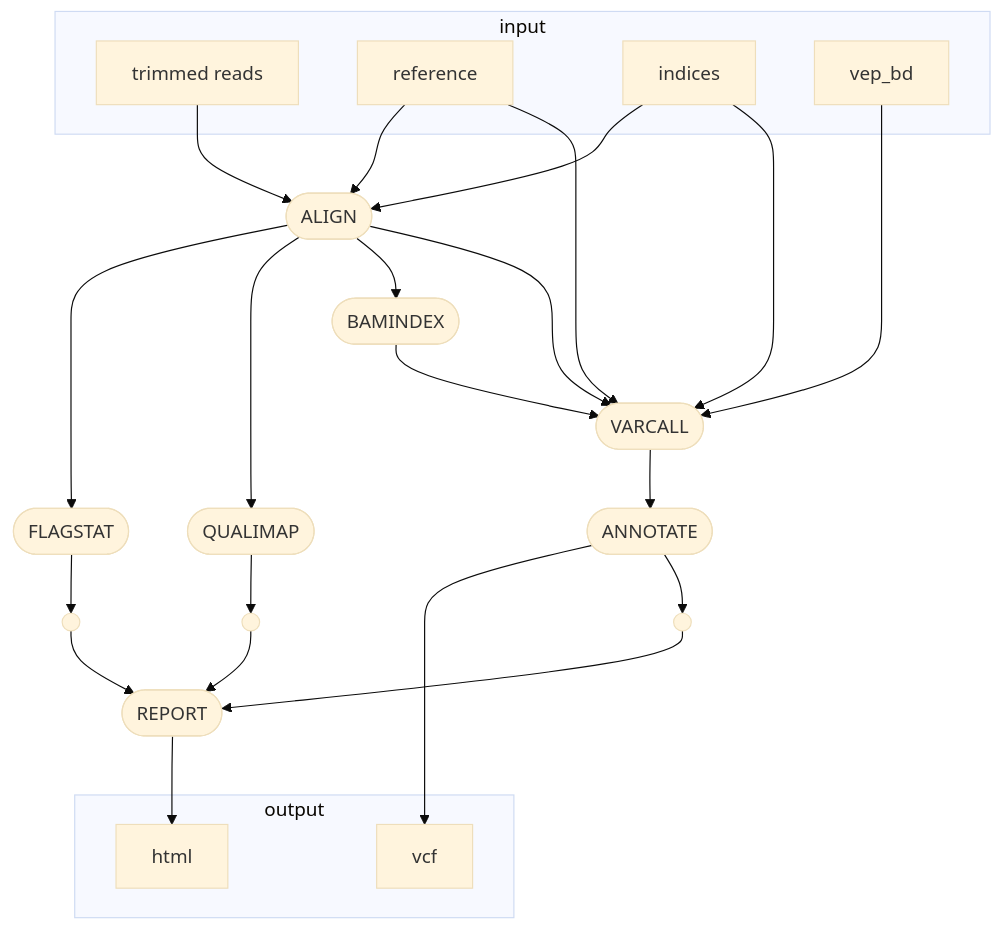
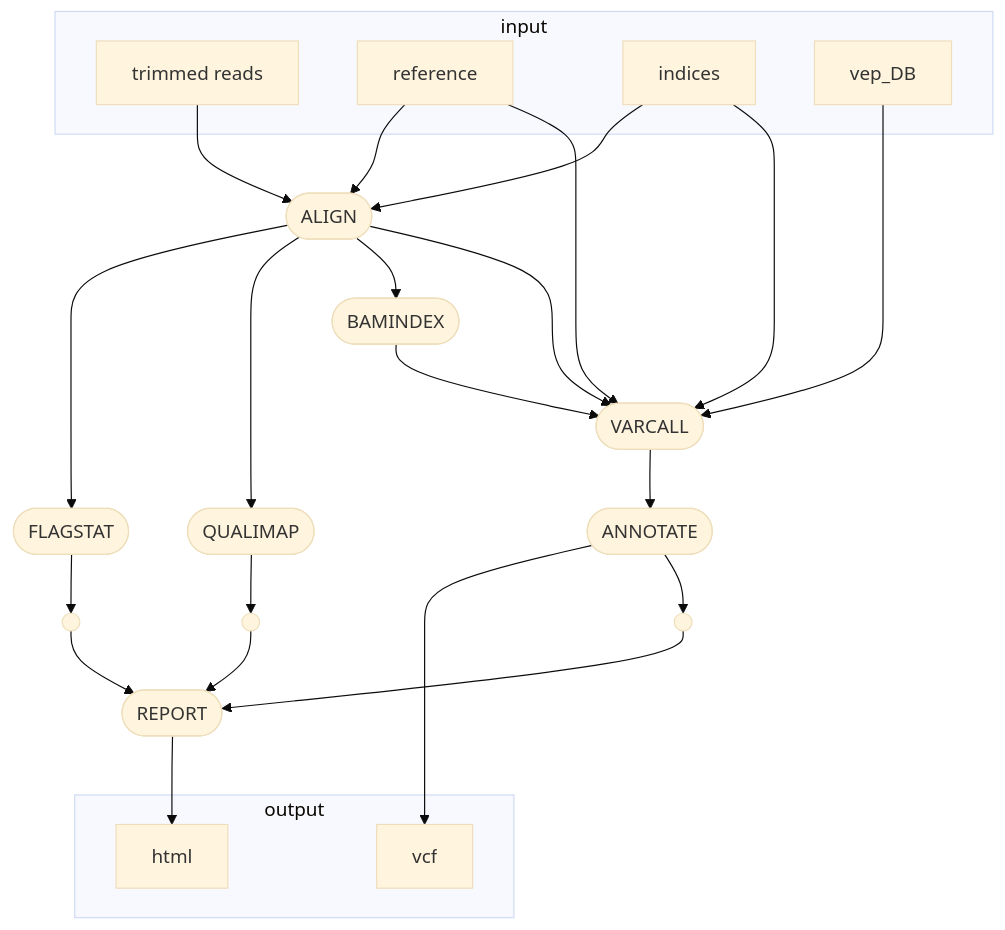
The diagram in README.md (glebus-sasha/octopus_nf), drawn with Mermaid before and after one commit.

````diff
--- a/README.md
+++ b/README.md
@@ -5,44 +5,44 @@
 ```mermaid
 %%{init: {'theme':'base'}}%%
 flowchart TB
     subgraph "input"
     v0["trimmed reads"]
     v1["reference"]
     v30["indices"]
-    v31["vep_bd"]
+    v31["vep_DB"]
     end
     subgraph "output"
     v18["vcf"]
     v25["html"]
     end
     v8([ALIGN])
     v9([FLAGSTAT])
     v10([QUALIMAP])
     v13([BAMINDEX])
     v14([VARCALL])
     v17([ANNOTATE])
     v24([REPORT])
     v21(( ))
     v22(( ))
     v23(( ))
     v0 --> v8
     v1 --> v8
     v30 --> v8
     v8 --> v9
     v8 --> v10
     v8 --> v13
     v8 --> v14
     v9 --> v21
     v10 --> v22
     v13 --> v14
     v1 --> v14
     v14 --> v17
     v17 --> v18
     v17 --> v23
     v31 --> v14
     v30 --> v14
     v21 --> v24
     v22 --> v24
     v23 --> v24
     v24 --> v25
 ```
````
